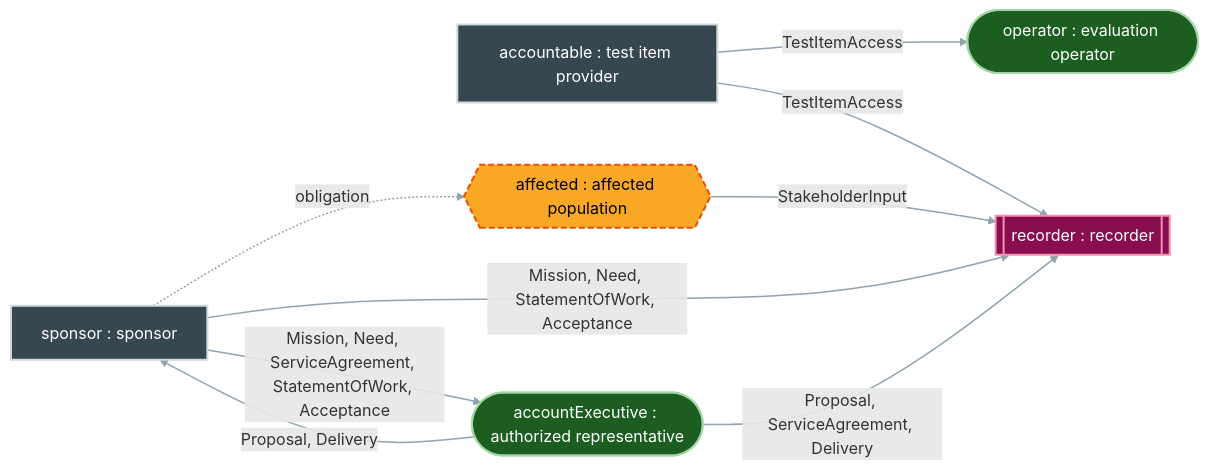
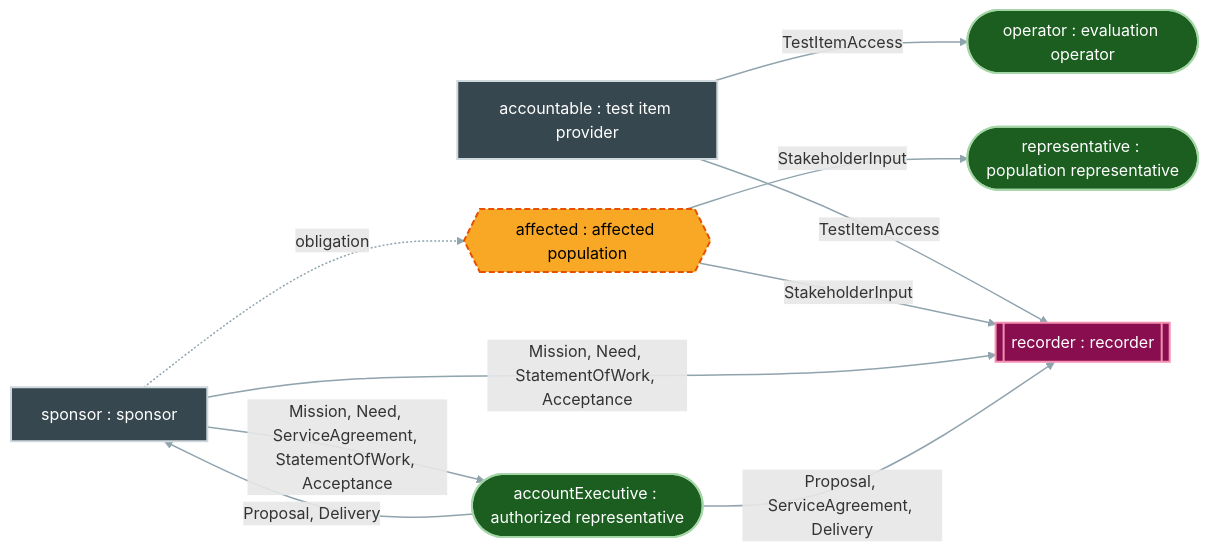
The diagram in generated/wiring-contracting.md (DynamicalSystemsGroup/og-caie-spec), drawn with Mermaid before and after one commit. The commit also changed 46 other files, not shown here.

````diff
--- a/generated/wiring-contracting.md
+++ b/generated/wiring-contracting.md
@@ -1,26 +1,28 @@
 ```{mermaid}
 flowchart LR
   accountable["accountable : test item provider"]
   affected{{"affected : affected population"}}
   sponsor["sponsor : sponsor"]
   testingOrg_accountExecutive(["accountExecutive : authorized representative"])
   testingOrg_recorder[["recorder : recorder"]]
   testingOrg_team_operator(["operator : evaluation operator"])
+  testingOrg_team_representative(["representative : population representative"])
   accountable -- "TestItemAccess" --> testingOrg_recorder
   accountable -- "TestItemAccess" --> testingOrg_team_operator
   affected -- "StakeholderInput" --> testingOrg_recorder
+  affected -- "StakeholderInput" --> testingOrg_team_representative
   sponsor -- "Mission, Need, ServiceAgreement, StatementOfWork, Acceptance" --> testingOrg_accountExecutive
   sponsor -- "Mission, Need, StatementOfWork, Acceptance" --> testingOrg_recorder
   testingOrg_accountExecutive -- "Proposal, Delivery" --> sponsor
   testingOrg_accountExecutive -- "Proposal, ServiceAgreement, Delivery" --> testingOrg_recorder
   sponsor -. "obligation" .-> affected
   classDef person fill:#1b5e20,stroke:#a5d6a7,stroke-width:2px,color:#ffffff;
   classDef machine fill:#880e4f,stroke:#f48fb1,stroke-width:2px,color:#ffffff;
   classDef party fill:#f9a825,stroke:#e65100,stroke-width:2px,stroke-dasharray: 6 3,color:#000000;
   classDef organization fill:#37474f,stroke:#cfd8dc,stroke-width:2px,color:#ffffff;
   linkStyle default stroke:#90a4ae,stroke-width:1.5px;
-  class testingOrg_accountExecutive,testingOrg_team_operator person;
+  class testingOrg_accountExecutive,testingOrg_team_operator,testingOrg_team_representative person;
   class testingOrg_recorder machine;
   class affected party;
   class accountable,sponsor organization;
 ```
````
